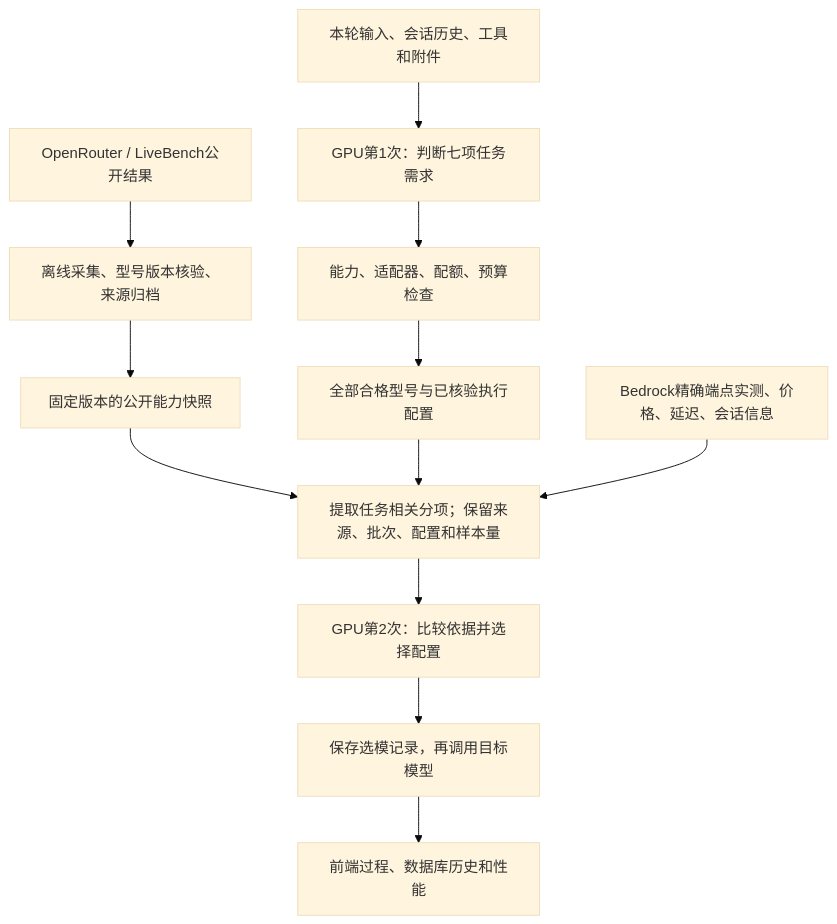
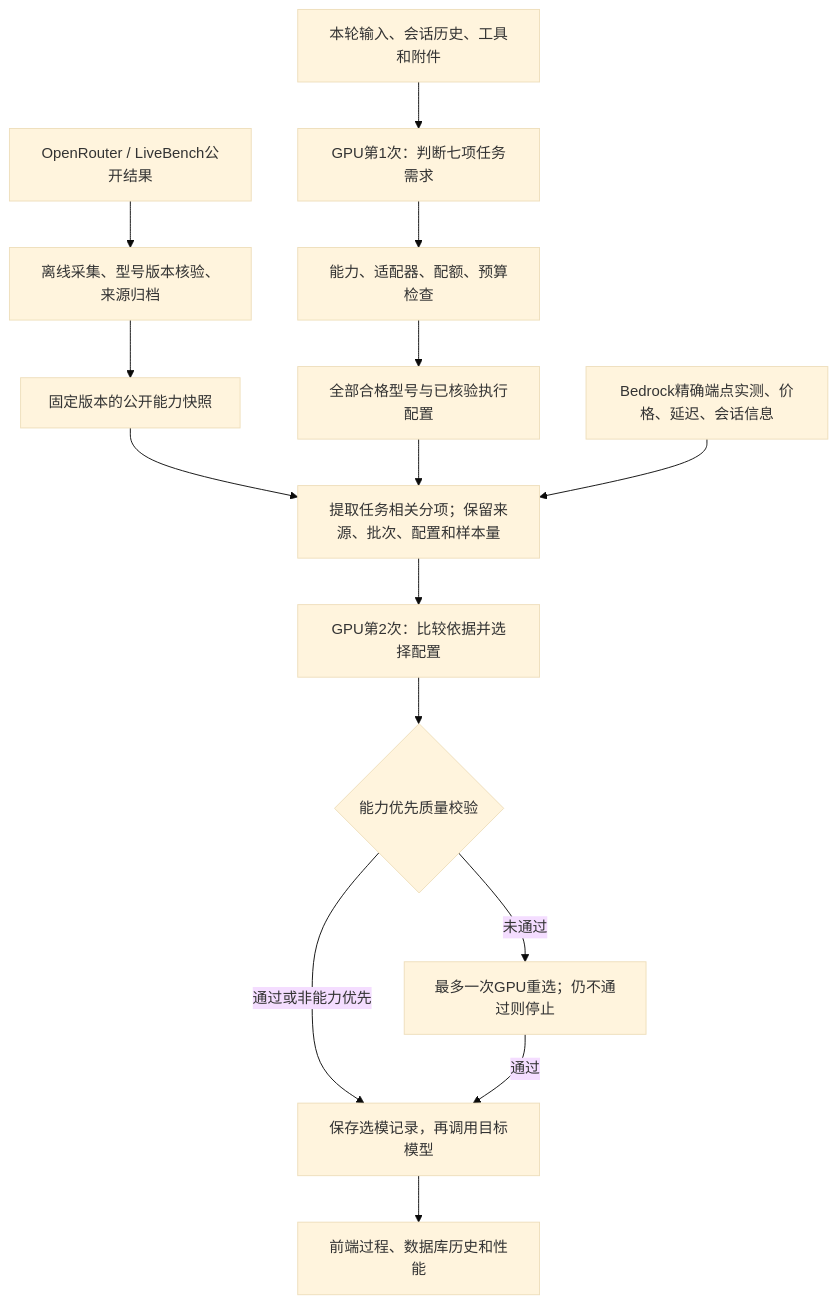
One commit to milan9527/DeciderModelRouter changed the diagram in docs/PUBLIC_BENCHMARK_EVIDENCE.zh.md. Above: the diagram before and after it, drawn with Mermaid (base theme). The commit also changed other lines of this file and 237 other files, not shown here.

````diff
--- a/docs/PUBLIC_BENCHMARK_EVIDENCE.zh.md
+++ b/docs/PUBLIC_BENCHMARK_EVIDENCE.zh.md
@@ -35,14 +35,17 @@
 ```mermaid
 flowchart TD
     A["OpenRouter / LiveBench公开结果"] --> B["离线采集、型号版本核验、来源归档"]
     B --> C["固定版本的公开能力快照"]
     U["本轮输入、会话历史、工具和附件"] --> G1["GPU第1次：判断七项任务需求"]
     G1 --> F["能力、适配器、配额、预算检查"]
     F --> P["全部合格型号与已核验执行配置"]
     C --> E["提取任务相关分项；保留来源、批次、配置和样本量"]
     P --> E
     D["Bedrock精确端点实测、价格、延迟、会话信息"] --> E
     E --> G2["GPU第2次：比较依据并选择配置"]
-    G2 --> X["保存选模记录，再调用目标模型"]
+    G2 --> Q{"能力优先质量校验"}
+    Q -->|通过或非能力优先| X["保存选模记录，再调用目标模型"]
+    Q -->|未通过| R["最多一次GPU重选；仍不通过则停止"]
+    R -->|通过| X
     X --> H["前端过程、数据库历史和性能"]
 ```
````
